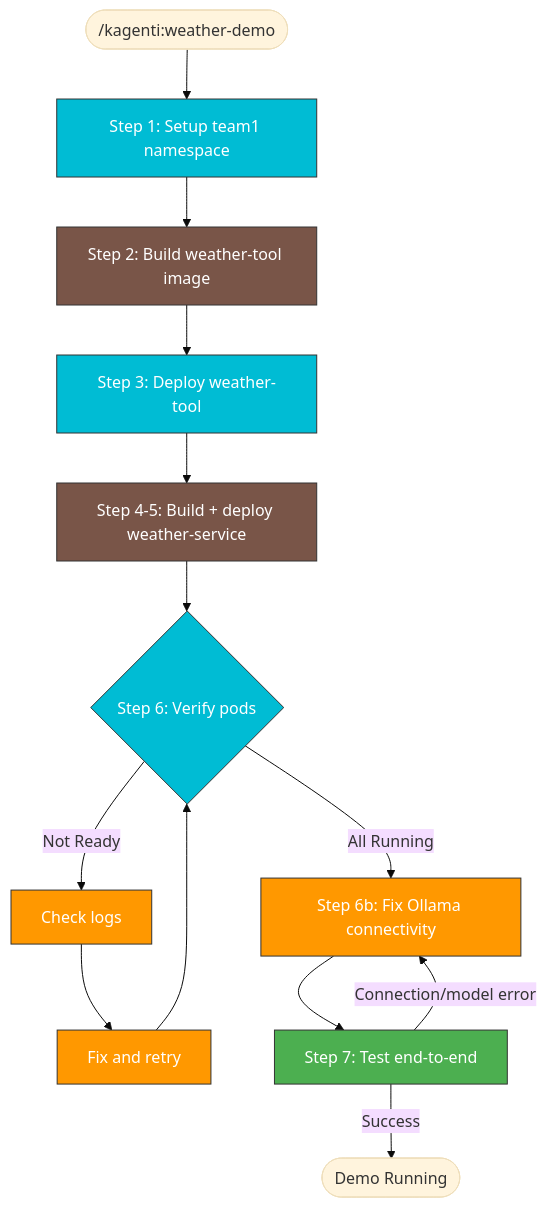
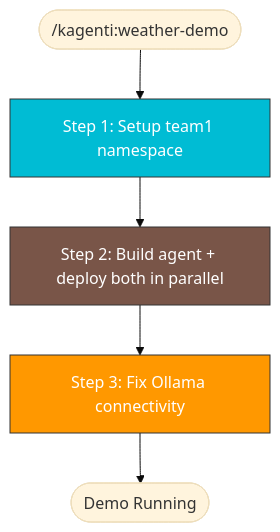
One commit to davidhadas/kagenti changed the diagram in .claude/skills/kagenti:weather-demo/SKILL.md. Above: the diagram before and after it, drawn with Mermaid (base theme). The commit also changed other lines of this file and 1 other file, not shown here.

First line of the commit message:
feat(skills): optimize weather-demo for speed (~1 min deploy)

````diff
--- a/.claude/skills/kagenti:weather-demo/SKILL.md
+++ b/.claude/skills/kagenti:weather-demo/SKILL.md
@@ -34,20 +40,11 @@
 ```mermaid
 flowchart TD
     START(["/kagenti:weather-demo"]) --> NS["Step 1: Setup team1 namespace"]:::k8s
-    NS --> TOOL_BUILD["Step 2: Build weather-tool image"]:::build
-    TOOL_BUILD --> TOOL_DEPLOY["Step 3: Deploy weather-tool"]:::k8s
-    TOOL_DEPLOY --> AGENT_DEPLOY["Step 4-5: Build + deploy weather-service"]:::build
-    AGENT_DEPLOY --> VERIFY{Step 6: Verify pods}:::k8s
-    VERIFY -->|All Running| PATCH["Step 6b: Fix Ollama connectivity"]:::debug
-    VERIFY -->|Not Ready| DEBUG["Check logs"]:::debug
-    DEBUG --> FIX["Fix and retry"]:::debug
-    FIX --> VERIFY
-    PATCH --> TEST["Step 7: Test end-to-end"]:::test
-    TEST -->|Connection/model error| PATCH
-    TEST -->|Success| DONE([Demo Running])
+    NS --> DEPLOY["Step 2: Build agent + deploy both in parallel"]:::build
+    DEPLOY --> PATCH["Step 3: Fix Ollama connectivity"]:::debug
+    PATCH --> DONE([Demo Running])
 
     classDef k8s fill:#00BCD4,stroke:#333,color:white
     classDef build fill:#795548,stroke:#333,color:white
-    classDef test fill:#4CAF50,stroke:#333,color:white
     classDef debug fill:#FF9800,stroke:#333,color:white
 ```
````
